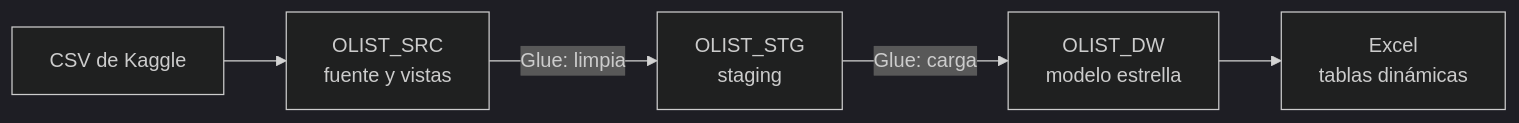
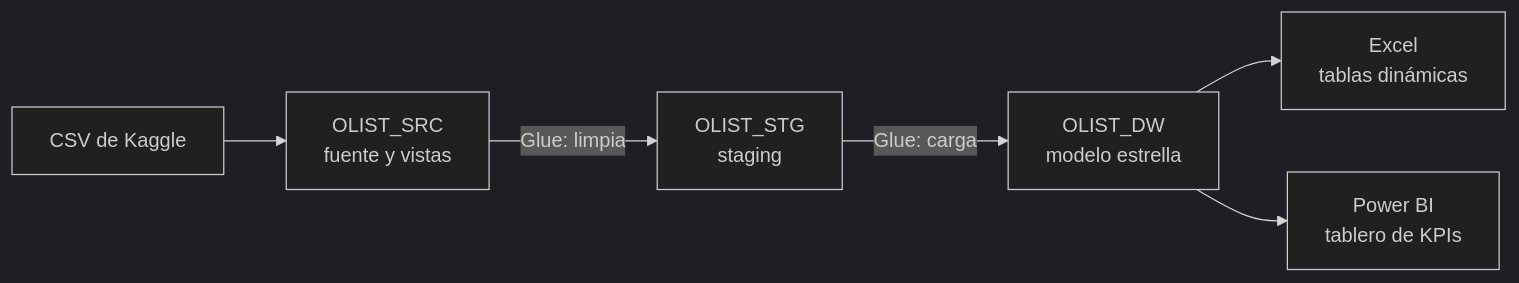
One commit to DylanJA0809/Proyecto_Mineria_De_Datos_Invacom_Inc_SA changed the first of 2 diagrams in README.md. Above: the diagram before and after it, drawn with Mermaid (dark theme). The commit also changed other lines of this file, not shown here.

Commit message:
README: tablero de KPIs en Power BI y acceso al DW desde Power BI

````diff
--- a/README.md
+++ b/README.md
@@ -44,7 +45,8 @@
 ```mermaid
 flowchart LR
     CSV["CSV de Kaggle"] --> SRC["OLIST_SRC<br/>fuente y vistas"]
     SRC -- "Glue: limpia" --> STG["OLIST_STG<br/>staging"]
     STG -- "Glue: carga" --> DW["OLIST_DW<br/>modelo estrella"]
     DW --> XLS["Excel<br/>tablas dinámicas"]
+    DW --> PBI["Power BI<br/>tablero de KPIs"]
 ```
````
